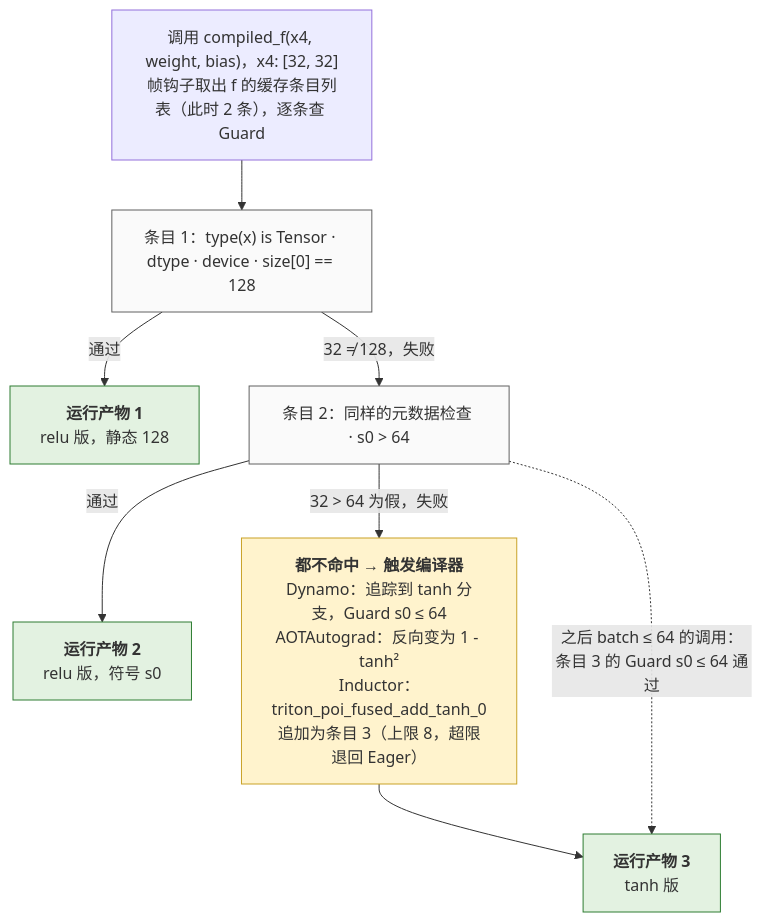
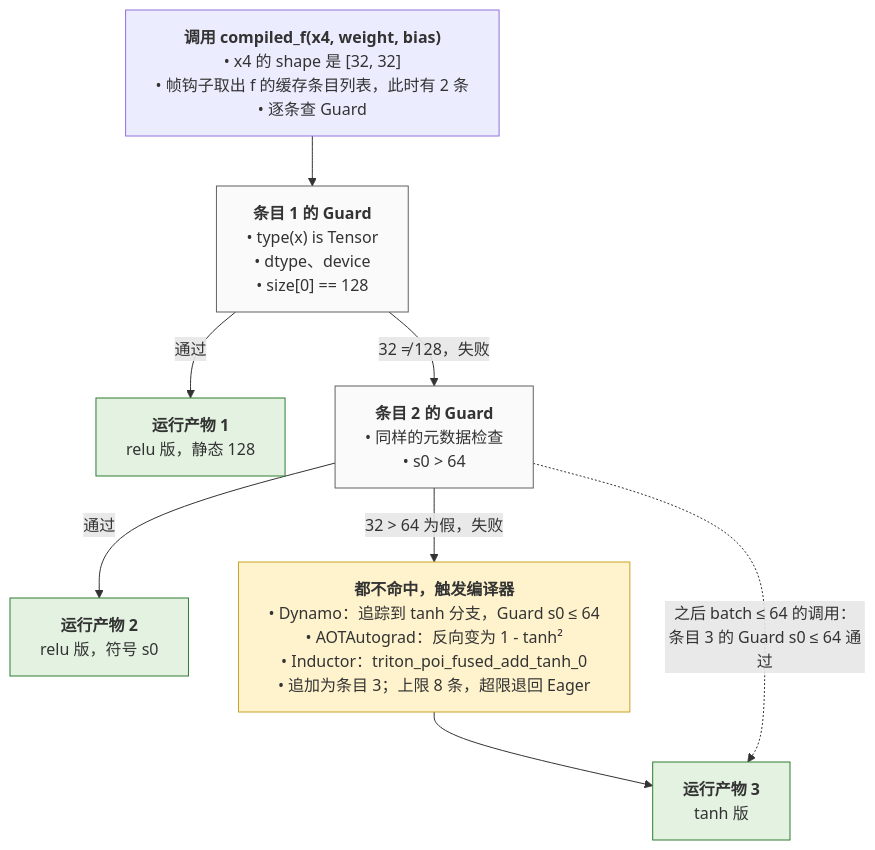
Diagram 11 of 12 in _posts/2026-02-23-pytorch-compilation-and-graph-optimization.md (arganzheng/arganzheng.github.com), drawn with Mermaid before and after one commit. The commit also changed other lines of this file and 1 other file, not shown here.

First line of the commit message:
PyTorch 编译执行与图优化：5 张 Mermaid 图的方框改成「标题 + 无序列表」（Discussion #372）

````diff
--- a/_posts/2026-02-23-pytorch-compilation-and-graph-optimization.md
+++ b/_posts/2026-02-23-pytorch-compilation-and-graph-optimization.md
@@ -1360,18 +1362,19 @@
 ```mermaid
+%%{init: {"flowchart": {"wrappingWidth": 440}}}%%
 %% 图：第四次调用走到另一条分支：逐条查 Guard 都不命中，才进流水线追加第三份编译产物
 flowchart TB
-    IN["调用 compiled_f(x4, weight, bias)，x4: #91;32, 32#93;<br/>帧钩子取出 f 的缓存条目列表（此时 2 条），逐条查 Guard"]
-    IN --> E1["条目 1：type(x) is Tensor · dtype · device · size#91;0#93; == 128"]
+    IN["<b>调用 compiled_f(x4, weight, bias)</b><br/>• x4 的 shape 是 #91;32, 32#93;<br/>• 帧钩子取出 f 的缓存条目列表，此时有 2 条<br/>• 逐条查 Guard"]
+    IN --> E1["<b>条目 1 的 Guard</b><br/>• type(x) is Tensor<br/>• dtype、device<br/>• size#91;0#93; == 128"]
     E1 -->|"通过"| P1["<b>运行产物 1</b><br/>relu 版，静态 128"]
-    E1 -->|"32 ≠ 128，失败"| E2["条目 2：同样的元数据检查 · s0 > 64"]
+    E1 -->|"32 ≠ 128，失败"| E2["<b>条目 2 的 Guard</b><br/>• 同样的元数据检查<br/>• s0 > 64"]
     E2 -->|"通过"| P2["<b>运行产物 2</b><br/>relu 版，符号 s0"]
-    E2 -->|"32 > 64 为假，失败"| RC["<b>都不命中 → 触发编译器</b><br/>Dynamo：追踪到 tanh 分支，Guard s0 ≤ 64<br/>AOTAutograd：反向变为 1 - tanh²<br/>Inductor：triton_poi_fused_add_tanh_0<br/>追加为条目 3（上限 8，超限退回 Eager）"]
+    E2 -->|"32 > 64 为假，失败"| RC["<b>都不命中，触发编译器</b><br/>• Dynamo：追踪到 tanh 分支，Guard s0 ≤ 64<br/>• AOTAutograd：反向变为 1 - tanh²<br/>• Inductor：triton_poi_fused_add_tanh_0<br/>• 追加为条目 3；上限 8 条，超限退回 Eager"]
     RC --> P3["<b>运行产物 3</b><br/>tanh 版"]
     E2 -.->|"之后 batch ≤ 64 的调用：<br/>条目 3 的 Guard s0 ≤ 64 通过"| P3
     classDef hit fill:#e3f2e1,stroke:#2e7d32;
     classDef guard fill:#fafafa,stroke:#616161;
     classDef compile fill:#fff3cd,stroke:#c9a227;
     class P1,P2,P3 hit;
     class E1,E2 guard;
     class RC compile;
 ```
````
